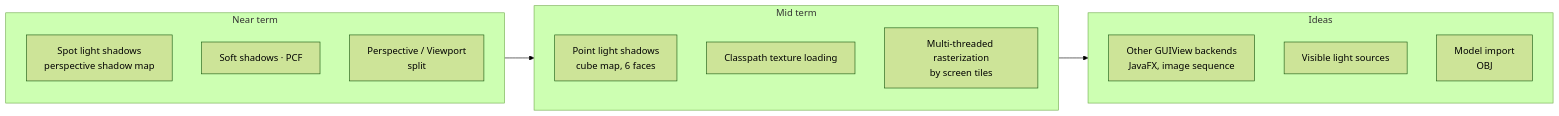
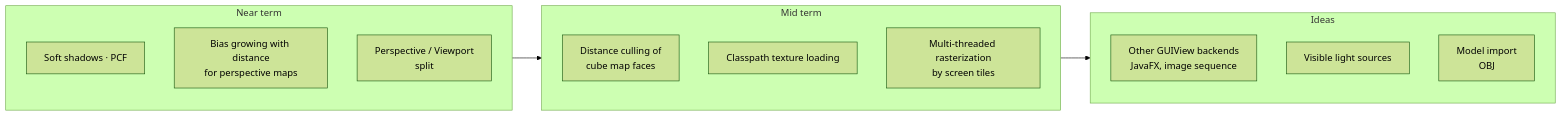
One commit to obarry/Aventura changed diagram 20 of 20 in docs/DESIGN.md. Above: the diagram before and after it, drawn with Mermaid (forest theme). The commit also changed other lines of this file and 6 other files, not shown here.

First line of the commit message:
Update docs and images for spot and point light shadows

````diff
--- a/docs/DESIGN.md
+++ b/docs/DESIGN.md
@@ -723,19 +771,19 @@
 ```mermaid
 flowchart LR
     subgraph NOW["Near term"]
-        n1[Spot light shadows<br/>perspective shadow map]
-        n2[Soft shadows · PCF]
+        n1[Soft shadows · PCF]
+        n2[Bias growing with distance<br/>for perspective maps]
         n4[Perspective / Viewport<br/>split]
     end
     subgraph NEXT["Mid term"]
-        m1[Point light shadows<br/>cube map, 6 faces]
+        m1[Distance culling of<br/>cube map faces]
         m2[Classpath texture loading]
         m3[Multi-threaded rasterization<br/>by screen tiles]
     end
     subgraph LATER["Ideas"]
         l1[Other GUIView backends<br/>JavaFX, image sequence]
         l2[Visible light sources]
         l3[Model import<br/>OBJ]
     end
     NOW --> NEXT --> LATER
 ```
````
